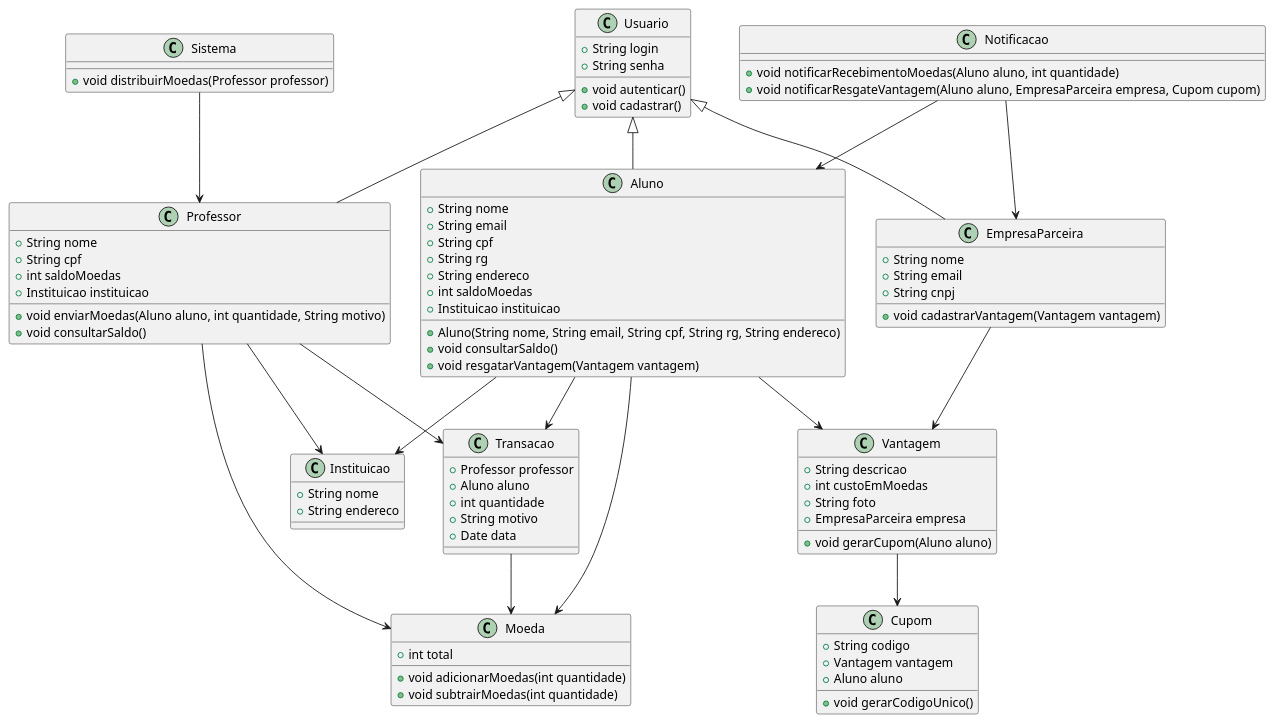
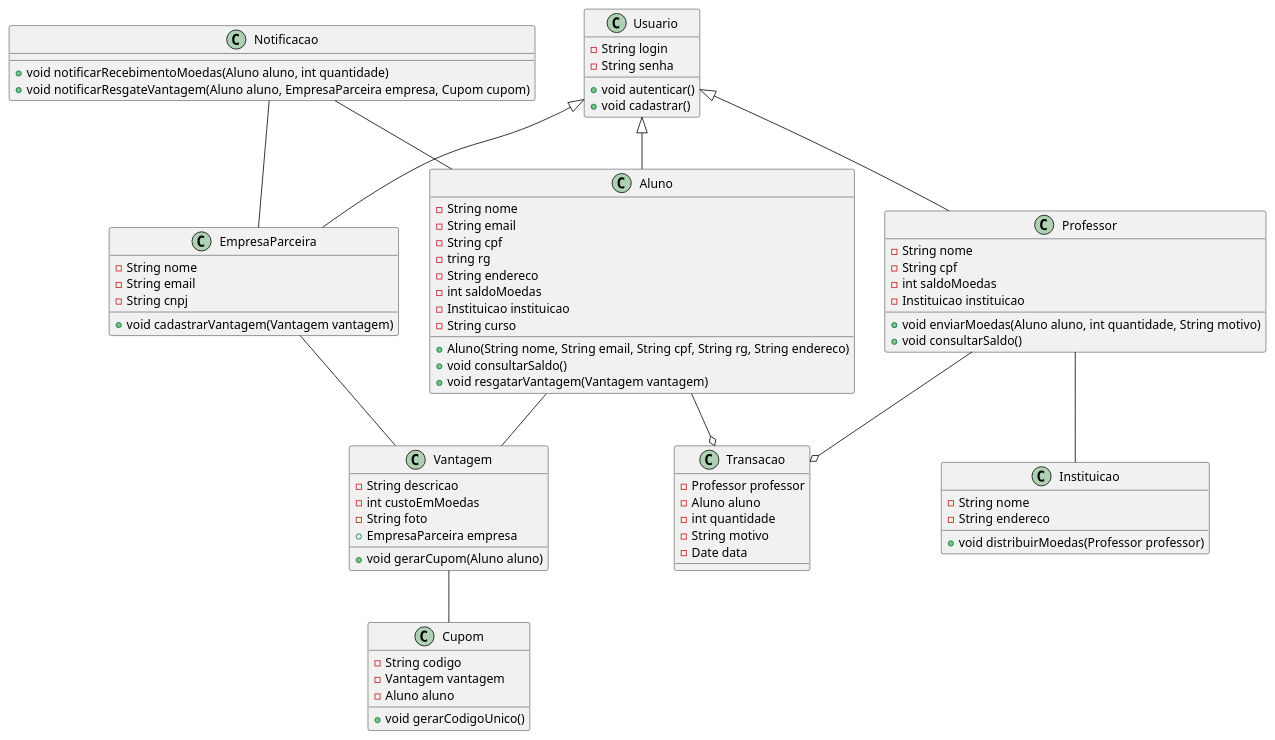
The diagram in project/code/classDiagram.puml (RafaMtF/LDS-Lab03), drawn with PlantUML before and after one commit.

```diff
--- a/project/code/classDiagram.puml
+++ b/project/code/classDiagram.puml
@@ -1,98 +1,87 @@
 @startuml
 class Usuario {
-  +String login
-  +String senha
+  -String login
+  -String senha
   +void autenticar()
   +void cadastrar()
 }
 
 class Aluno {
-  +String nome
-  +String email
-  +String cpf
-  +String rg
-  +String endereco
-  +int saldoMoedas
-  +Instituicao instituicao
+  -String nome
+  -String email
+  -String cpf
+  -tring rg
+  -String endereco
+  -int saldoMoedas
+  -Instituicao instituicao
+  -String curso
   +Aluno(String nome, String email, String cpf, String rg, String endereco)
   +void consultarSaldo()
   +void resgatarVantagem(Vantagem vantagem)
 }
 
 class Professor {
-  +String nome
-  +String cpf
-  +int saldoMoedas
-  +Instituicao instituicao
+  -String nome
+  -String cpf
+  -int saldoMoedas
+  -Instituicao instituicao
   +void enviarMoedas(Aluno aluno, int quantidade, String motivo)
   +void consultarSaldo()
 }
 
 class EmpresaParceira {
-  +String nome
-  +String email
-  +String cnpj
+  -String nome
+  -String email
+  -String cnpj
   +void cadastrarVantagem(Vantagem vantagem)
 }
 
 class Instituicao {
-  +String nome
-  +String endereco
+  -String nome
+  -String endereco
+  +void distribuirMoedas(Professor professor)
+
 }
 
 class Vantagem {
-  +String descricao
-  +int custoEmMoedas
-  +String foto
+  -String descricao
+  -int custoEmMoedas
+  -String foto
   +EmpresaParceira empresa
   +void gerarCupom(Aluno aluno)
 }
 
 class Transacao {
-  +Professor professor
-  +Aluno aluno
-  +int quantidade
-  +String motivo
-  +Date data
-}
-
-class Moeda {
-  +int total
-  +void adicionarMoedas(int quantidade)
-  +void subtrairMoedas(int quantidade)
-}
-
-class Sistema {
-  +void distribuirMoedas(Professor professor)
+  -Professor professor
+  -Aluno aluno
+  -int quantidade
+  -String motivo
+  -Date data
 }
 
 class Notificacao {
   +void notificarRecebimentoMoedas(Aluno aluno, int quantidade)
   +void notificarResgateVantagem(Aluno aluno, EmpresaParceira empresa, Cupom cupom)
 }
 
 class Cupom {
-  +String codigo
-  +Vantagem vantagem
-  +Aluno aluno
+  -String codigo
+  -Vantagem vantagem
+  -Aluno aluno
   +void gerarCodigoUnico()
 }
 
 Usuario <|-- Aluno
 Usuario <|-- Professor
 Usuario <|-- EmpresaParceira
 
-Aluno --> Instituicao
-Professor --> Instituicao
-Professor --> Transacao
-Aluno --> Transacao
-EmpresaParceira --> Vantagem
-Aluno --> Moeda
-Professor --> Moeda
-Aluno --> Vantagem
-Transacao --> Moeda
-Sistema --> Professor
-Notificacao --> Aluno
-Notificacao --> EmpresaParceira
-Vantagem --> Cupom
+Professor -- Instituicao
+Professor --o Transacao
+Aluno --o Transacao
+EmpresaParceira -- Vantagem
+Aluno -- Vantagem
+Notificacao -- Aluno
+Notificacao -- EmpresaParceira
+Vantagem -- Cupom
+
 @enduml
```
